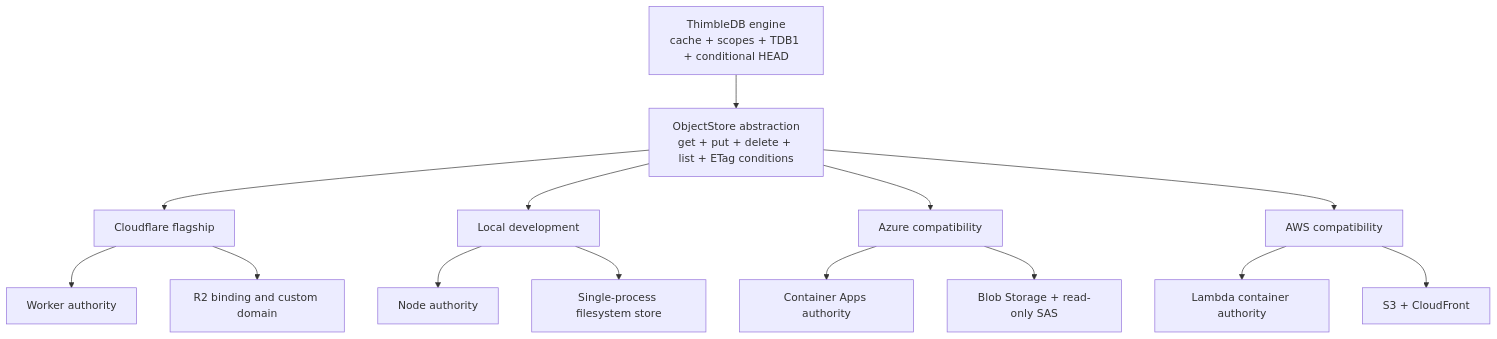
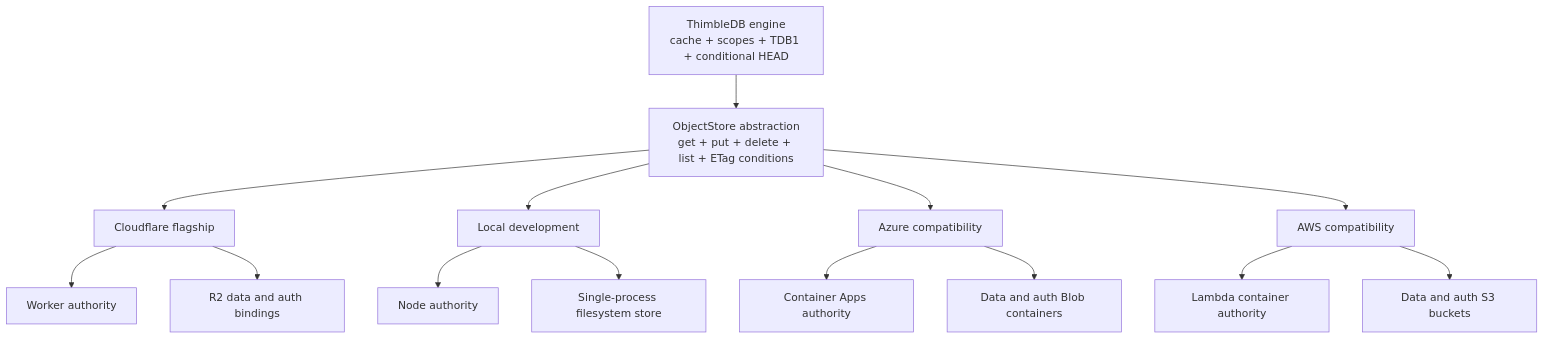
Before and after one commit to Jason-Doyle/thimble: the seventh of 7 diagrams in docs/DIAGRAMS.md, drawn with Mermaid. The commit also changed other lines of this file and 47 other files, not shown here.

````diff
--- a/docs/DIAGRAMS.md
+++ b/docs/DIAGRAMS.md
@@ -208,23 +220,23 @@
 ```mermaid
 flowchart TB
   Engine["ThimbleDB engine<br/>cache + scopes + TDB1 + conditional HEAD"]
   Contract["ObjectStore abstraction<br/>get + put + delete + list + ETag conditions"]
 
   Engine --> Contract
   Contract --> CF["Cloudflare flagship"]
   Contract --> Local["Local development"]
   Contract --> Azure["Azure compatibility"]
   Contract --> AWS["AWS compatibility"]
 
   CF --> CFW["Worker authority"]
-  CF --> CFR2["R2 binding and custom domain"]
+  CF --> CFR2["R2 data and auth bindings"]
 
   Local --> Node["Node authority"]
   Local --> Files["Single-process filesystem store"]
 
   Azure --> ACA["Container Apps authority"]
-  Azure --> Blob["Blob Storage + read-only SAS"]
+  Azure --> Blob["Data and auth Blob containers"]
 
   AWS --> Lambda["Lambda container authority"]
-  AWS --> S3["S3 + CloudFront"]
+  AWS --> S3["Data and auth S3 buckets"]
 ```
````
